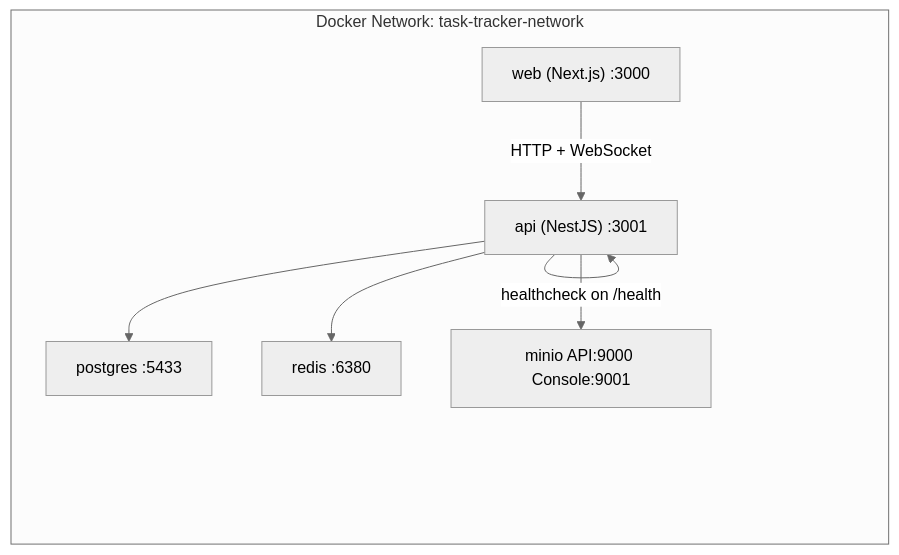
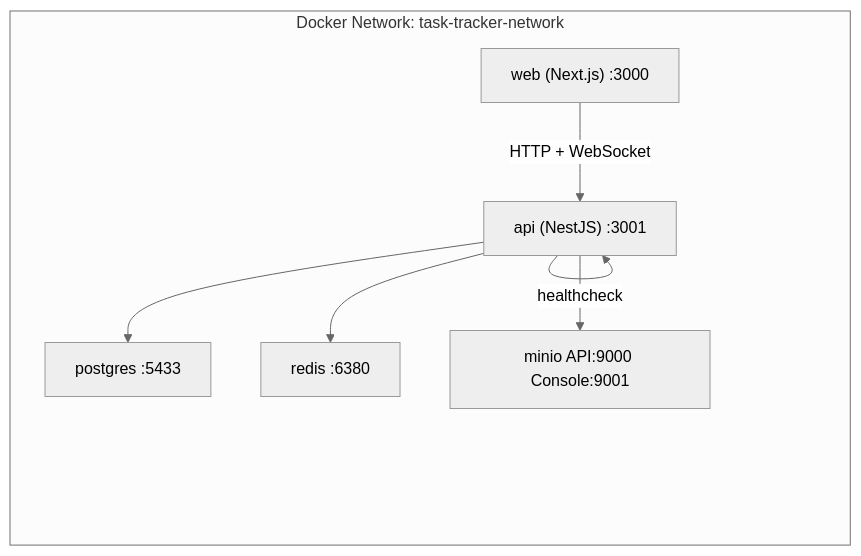
The second of 3 diagrams in docs/architecture/system-architecture.md (Nits0303/TaskTracker), drawn with Mermaid (neutral theme) before and after one commit. The commit also changed other lines of this file and 2 other files, not shown here.

Commit message:
docs: add architecture documentation including system overview, sequence diagrams, and ER diagrams

````diff
--- a/docs/architecture/system-architecture.md
+++ b/docs/architecture/system-architecture.md
@@ -54,16 +68,30 @@
 ```mermaid
 graph LR
+
+    classDef frontend fill:#3b82f6,stroke:#1d4ed8,color:#fff
+    classDef backend fill:#8b5cf6,stroke:#6d28d9,color:#fff
+    classDef database fill:#10b981,stroke:#059669,color:#fff
+    classDef queue fill:#f59e0b,stroke:#d97706,color:#fff
+    classDef cache fill:#ef4444,stroke:#dc2626,color:#fff
+    classDef storage fill:#6b7280,stroke:#4b5563,color:#fff
+
+    class Browser,Web frontend
+    class API,Auth,Workspace,Project,Task,Chat,Calendar,Search,Dashboard,Notification,Activity,AuditLog,Health,Gateway,Api,Nest backend
+    class PostgreSQL,Pg,DbWrite database
+    class Redis,SocketAdapter,RateLimit,Presence,Cache cache
+    class BullStorage,BullMQWorkers,ActivityWorker,NotifWorker,Queue queue
+    class MinIO,Minio storage
     subgraph DockerNetwork ["Docker Network: task-tracker-network"]
         Web["web (Next.js) :3000"]
         Api["api (NestJS) :3001"]
         Pg["postgres :5433"]
         Redis["redis :6380"]
         Minio["minio API:9000 Console:9001"]
         
         Web -->|HTTP + WebSocket| Api
         Api --> Pg
         Api --> Redis
         Api --> Minio
-        Api -->|healthcheck on /health| Api
+        Api -->|healthcheck| Api
     end
 ```
````
